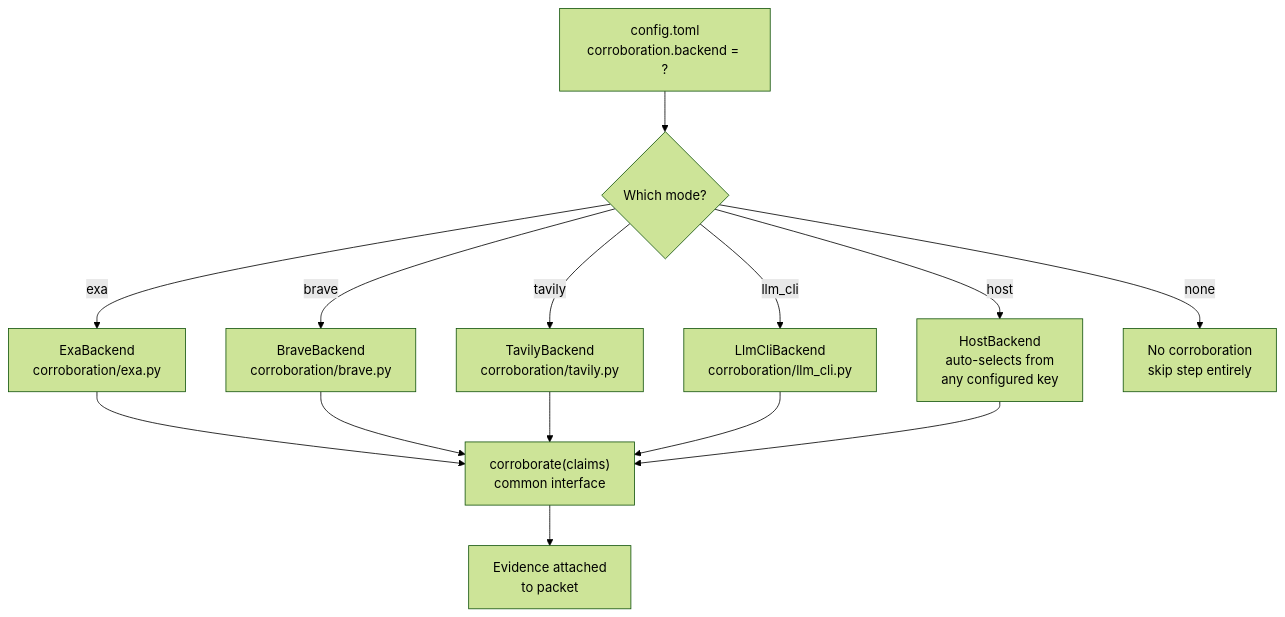
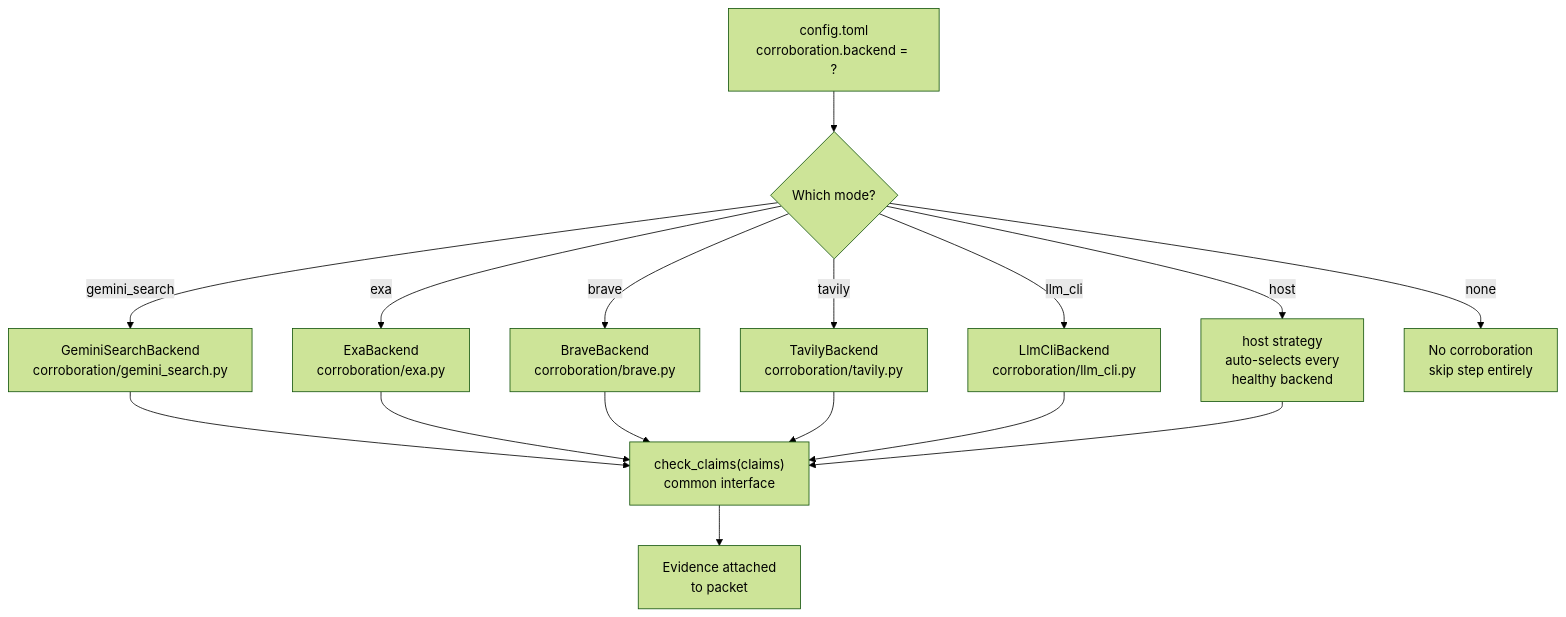
Before and after one commit to reshinto/social-research-probe: the diagram in docs/diagrams/src/dp_strategy.mmd, drawn with Mermaid (forest theme). The commit also changed 12 other files, not shown here.

First line of the commit message:
docs: refresh stale architecture diagrams to match current registries

```diff
--- a/docs/diagrams/src/dp_strategy.mmd
+++ b/docs/diagrams/src/dp_strategy.mmd
@@ -1,12 +1,13 @@
 graph TD
     A["config.toml\ncorroboration.backend = ?"] --> B{Which mode?}
 
+    B -->|"gemini_search"| G1["GeminiSearchBackend\ncorroboration/gemini_search.py"]
     B -->|"exa"| C["ExaBackend\ncorroboration/exa.py"]
     B -->|"brave"| D["BraveBackend\ncorroboration/brave.py"]
     B -->|"tavily"| E["TavilyBackend\ncorroboration/tavily.py"]
     B -->|"llm_cli"| F["LlmCliBackend\ncorroboration/llm_cli.py"]
-    B -->|"host"| G["HostBackend\nauto-selects from\nany configured key"]
+    B -->|"host"| G["host strategy\nauto-selects every\nhealthy backend"]
     B -->|"none"| H["No corroboration\nskip step entirely"]
 
-    C & D & E & F & G --> I["corroborate(claims)\ncommon interface"]
+    G1 & C & D & E & F & G --> I["check_claims(claims)\ncommon interface"]
     I --> J["Evidence attached\nto packet"]
```
